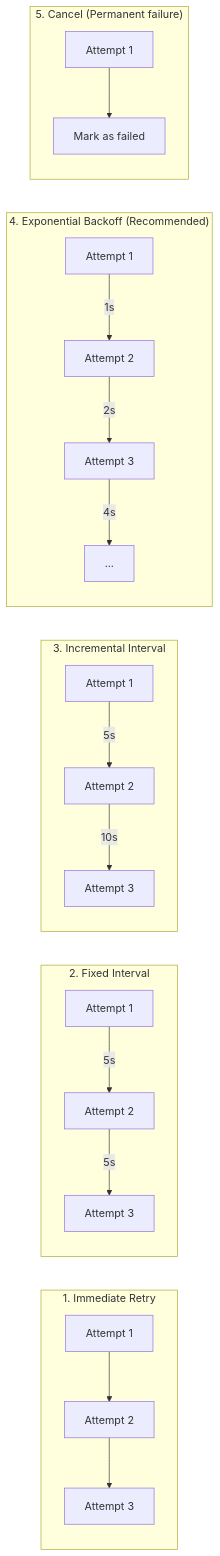
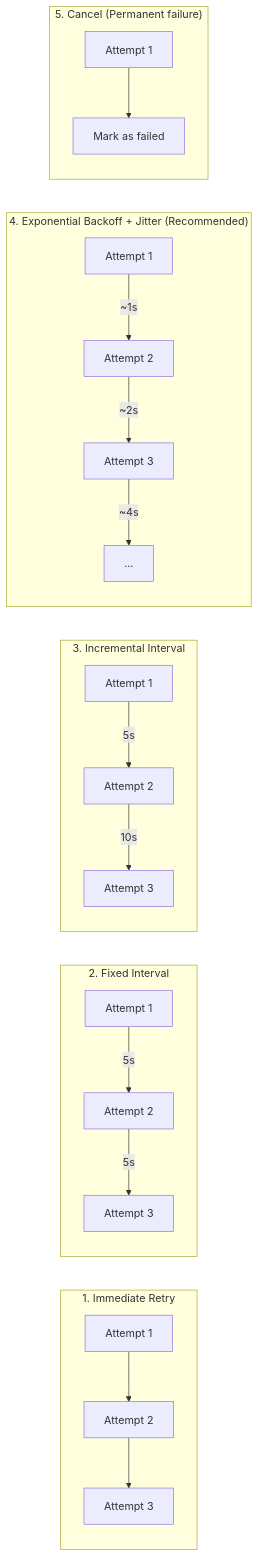
The fifth of 11 diagrams in system_design/design-payment-system.md (phuongdinh1411/cses-analyses), drawn with Mermaid before and after one commit. The commit also changed other lines of this file and 4 other files, not shown here.

````diff
--- a/system_design/design-payment-system.md
+++ b/system_design/design-payment-system.md
@@ -483,22 +484,22 @@
 ```mermaid
 flowchart LR
     subgraph R1["1. Immediate Retry"]
         A1["Attempt 1"] --> A2["Attempt 2"] --> A3["Attempt 3"]
     end
 
     subgraph R2["2. Fixed Interval"]
         B1["Attempt 1"] -->|5s| B2["Attempt 2"] -->|5s| B3["Attempt 3"]
     end
 
     subgraph R3["3. Incremental Interval"]
         C1["Attempt 1"] -->|5s| C2["Attempt 2"] -->|10s| C3["Attempt 3"]
     end
 
-    subgraph R4["4. Exponential Backoff (Recommended)"]
-        D1["Attempt 1"] -->|1s| D2["Attempt 2"] -->|2s| D3["Attempt 3"] -->|4s| D4["..."]
+    subgraph R4["4. Exponential Backoff + Jitter (Recommended)"]
+        D1["Attempt 1"] -->|~1s| D2["Attempt 2"] -->|~2s| D3["Attempt 3"] -->|~4s| D4["..."]
     end
 
     subgraph R5["5. Cancel (Permanent failure)"]
         E1["Attempt 1"] --> E2["Mark as failed"]
     end
 ```
````
